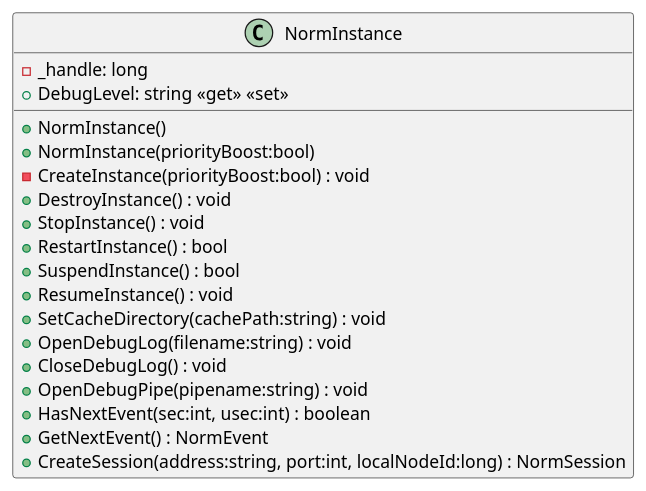
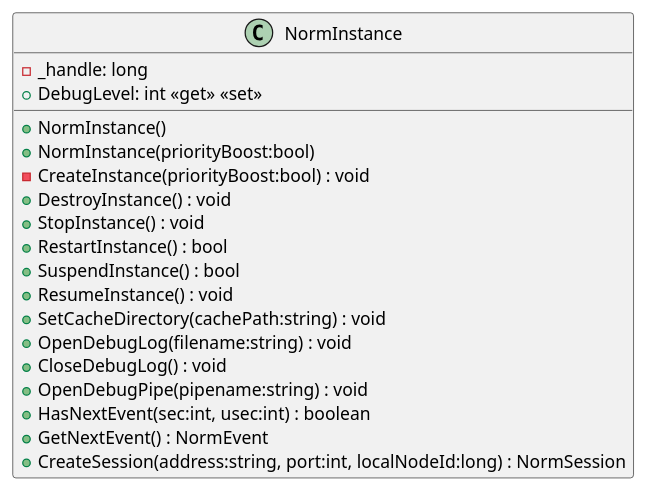
Before and after one commit to mullerj/norm: the diagram in src/dotnet/design/Mil/Navy/Nrl/Norm/NormInstance.puml, drawn with PlantUML. The commit also changed 6 other files, not shown here.

```diff
--- a/src/dotnet/design/Mil/Navy/Nrl/Norm/NormInstance.puml
+++ b/src/dotnet/design/Mil/Navy/Nrl/Norm/NormInstance.puml
@@ -1,21 +1,21 @@
 @startuml
 class NormInstance {
     - _handle: long
     + NormInstance()
     + NormInstance(priorityBoost:bool)
     - CreateInstance(priorityBoost:bool) : void
     + DestroyInstance() : void
     + StopInstance() : void
     + RestartInstance() : bool
     + SuspendInstance() : bool
     + ResumeInstance() : void
     + SetCacheDirectory(cachePath:string) : void
     + OpenDebugLog(filename:string) : void
     + CloseDebugLog() : void
     + OpenDebugPipe(pipename:string) : void
-    + DebugLevel: string <<get>> <<set>>
+    + DebugLevel: int <<get>> <<set>>
     + HasNextEvent(sec:int, usec:int) : boolean
     + GetNextEvent() : NormEvent
     + CreateSession(address:string, port:int, localNodeId:long) : NormSession
 }
 @enduml
```
